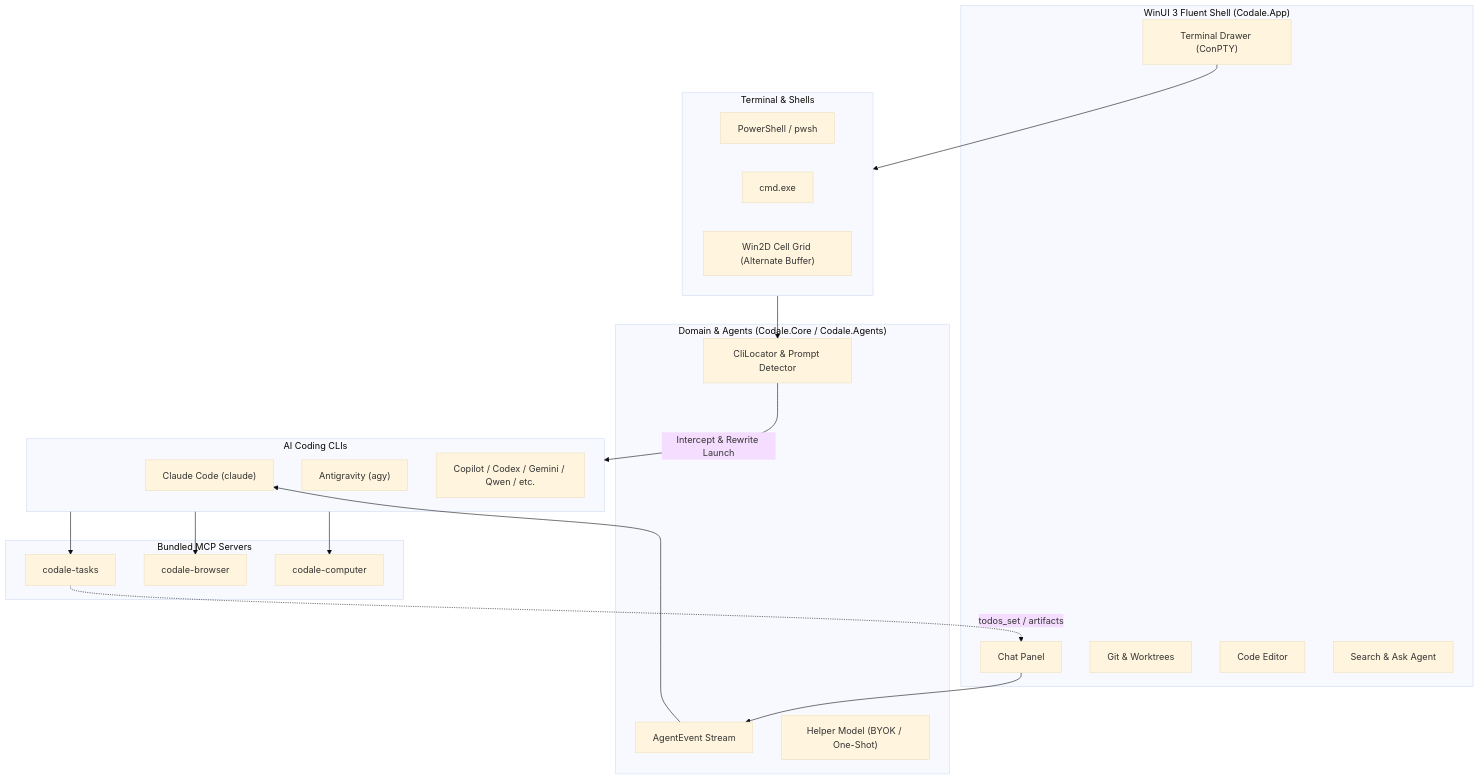
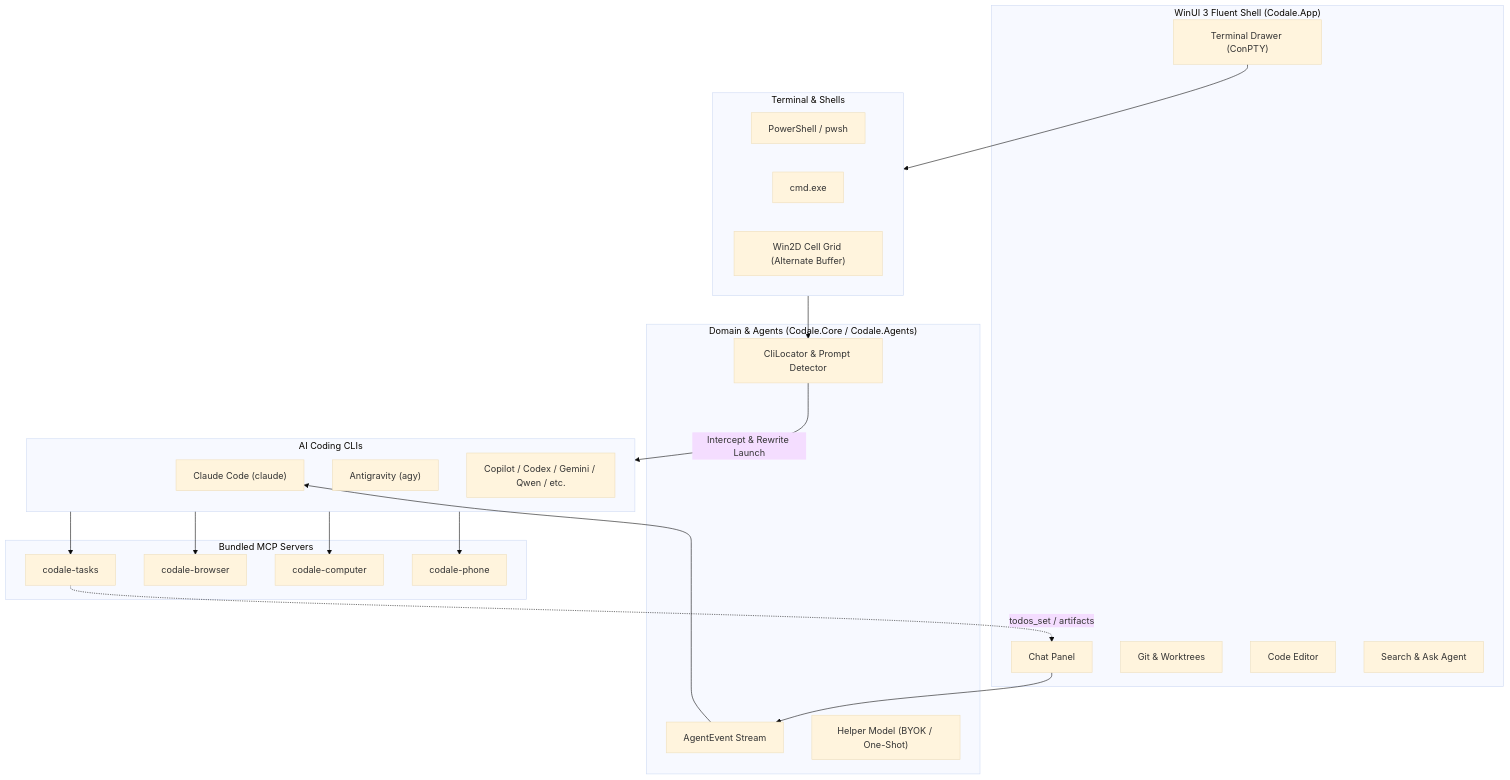
Before and after one commit to Crster/codale: the diagram in README.md, drawn with Mermaid (base theme). The commit also changed other lines of this file and 18 other files, not shown here.

Commit message:
feat(mcp): add codale-phone server for android device control

````diff
--- a/README.md
+++ b/README.md
@@ -221,44 +228,46 @@
 ```mermaid
 flowchart TD
     subgraph UI ["WinUI 3 Fluent Shell (Codale.App)"]
         ChatTab["Chat Panel"]
         TerminalTab["Terminal Drawer (ConPTY)"]
         GitTab["Git & Worktrees"]
         EditorTab["Code Editor"]
         SearchTab["Search & Ask Agent"]
     end
 
     subgraph Core ["Domain & Agents (Codale.Core / Codale.Agents)"]
         AgentEvent["AgentEvent Stream"]
         CliLocator["CliLocator & Prompt Detector"]
         HelperModel["Helper Model (BYOK / One-Shot)"]
     end
 
     subgraph TerminalEngine ["Terminal & Shells"]
         Pwsh["PowerShell / pwsh"]
         Cmd["cmd.exe"]
         Win2D["Win2D Cell Grid (Alternate Buffer)"]
     end
 
     subgraph MCP ["Bundled MCP Servers"]
         TasksMcp["codale-tasks"]
         BrowserMcp["codale-browser"]
         ComputerMcp["codale-computer"]
+        PhoneMcp["codale-phone"]
     end
 
     subgraph Agents ["AI Coding CLIs"]
         ClaudeCli["Claude Code (claude)"]
         AgyCli["Antigravity (agy)"]
         OtherClis["Copilot / Codex / Gemini / Qwen / etc."]
     end
 
     ChatTab --> AgentEvent
     AgentEvent --> ClaudeCli
     TerminalTab --> TerminalEngine
     TerminalEngine --> CliLocator
     CliLocator -- "Intercept & Rewrite Launch" --> Agents
     Agents --> TasksMcp
     Agents --> BrowserMcp
     Agents --> ComputerMcp
+    Agents --> PhoneMcp
     TasksMcp -. "todos_set / artifacts" .-> ChatTab
 ```
````
